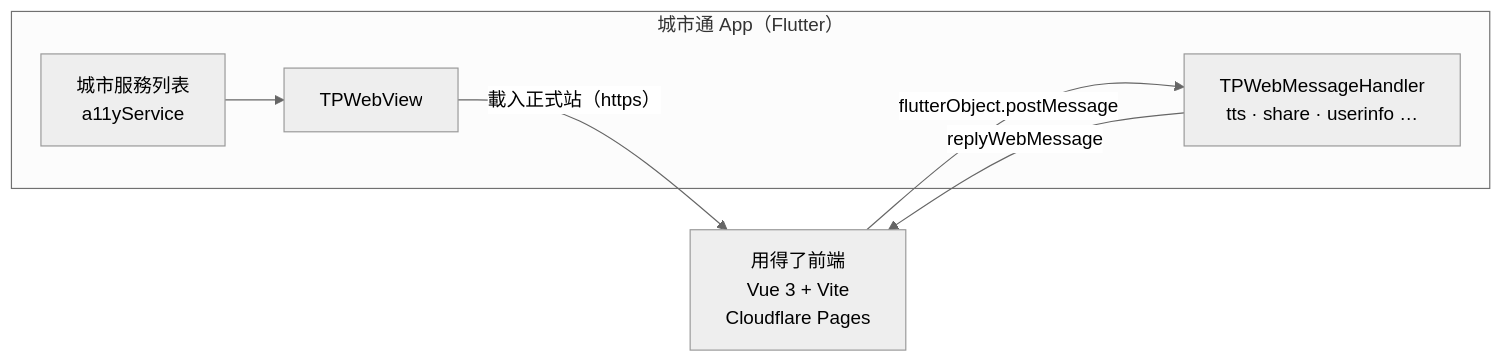
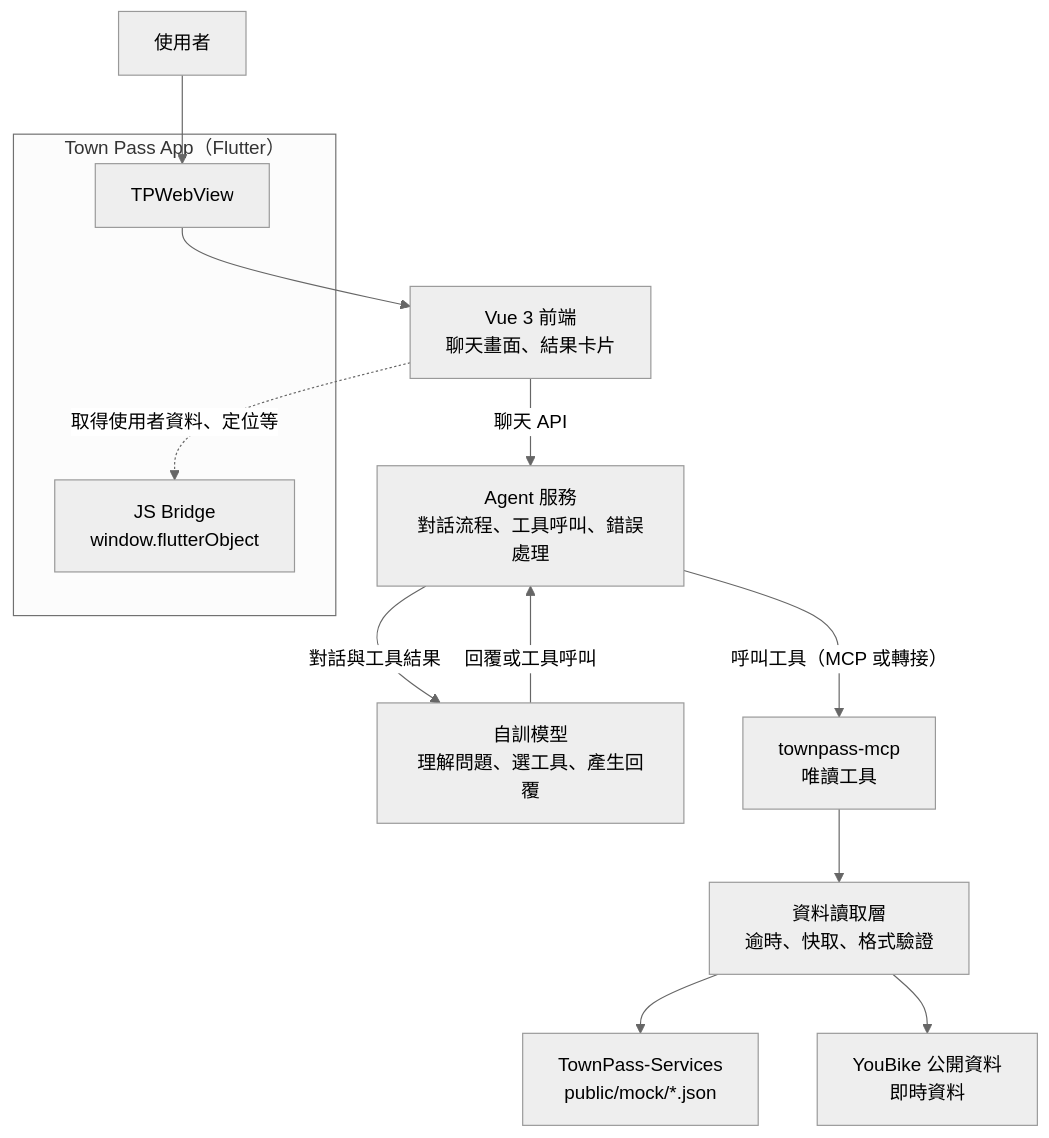
One commit to Twcat0503/2026_taipei_codefest changed the diagram in README.md. Above: the diagram before and after it, drawn with Mermaid (neutral theme). The commit also changed other lines of this file, not shown here.

Commit message:
docs: describe target architecture in readme

````diff
--- a/README.md
+++ b/README.md
@@ -21,10 +10,17 @@
 ```mermaid
-flowchart LR
-  subgraph App["城市通 App（Flutter）"]
-    Entry["城市服務列表<br/>a11yService"] --> WebView["TPWebView"]
-    Handlers["TPWebMessageHandler<br/>tts · share · userinfo …"]
+flowchart TB
+  User["使用者"] --> WebView
+  subgraph App["Town Pass App（Flutter）"]
+    WebView["TPWebView"]
+    Bridge["JS Bridge<br/>window.flutterObject"]
   end
-  WebView -- "載入正式站（https）" --> Front["用得了前端<br/>Vue 3 + Vite<br/>Cloudflare Pages"]
-  Front -- "flutterObject.postMessage" --> Handlers
-  Handlers -- "replyWebMessage" --> Front
+  WebView --> Front["Vue 3 前端<br/>聊天畫面、結果卡片"]
+  Front -. "取得使用者資料、定位等" .-> Bridge
+  Front -- "聊天 API" --> Agent["Agent 服務<br/>對話流程、工具呼叫、錯誤處理"]
+  Agent -- "對話與工具結果" --> Model["自訓模型<br/>理解問題、選工具、產生回覆"]
+  Model -- "回覆或工具呼叫" --> Agent
+  Agent -- "呼叫工具（MCP 或轉接）" --> MCP["townpass-mcp<br/>唯讀工具"]
+  MCP --> DAL["資料讀取層<br/>逾時、快取、格式驗證"]
+  DAL --> Mock["TownPass-Services<br/>public/mock/*.json"]
+  DAL --> YouBike["YouBike 公開資料<br/>即時資料"]
 ```
````
